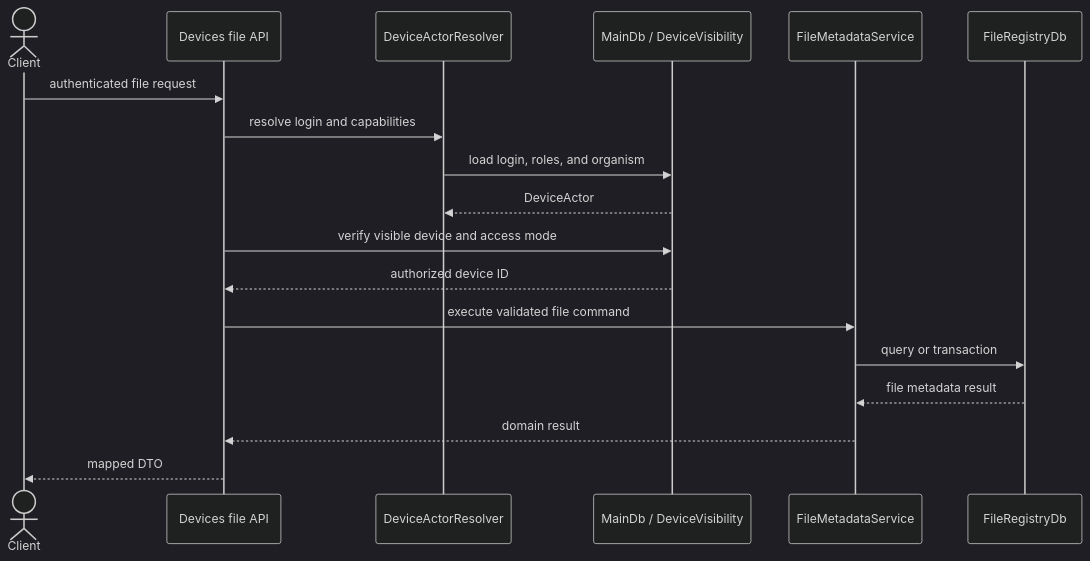
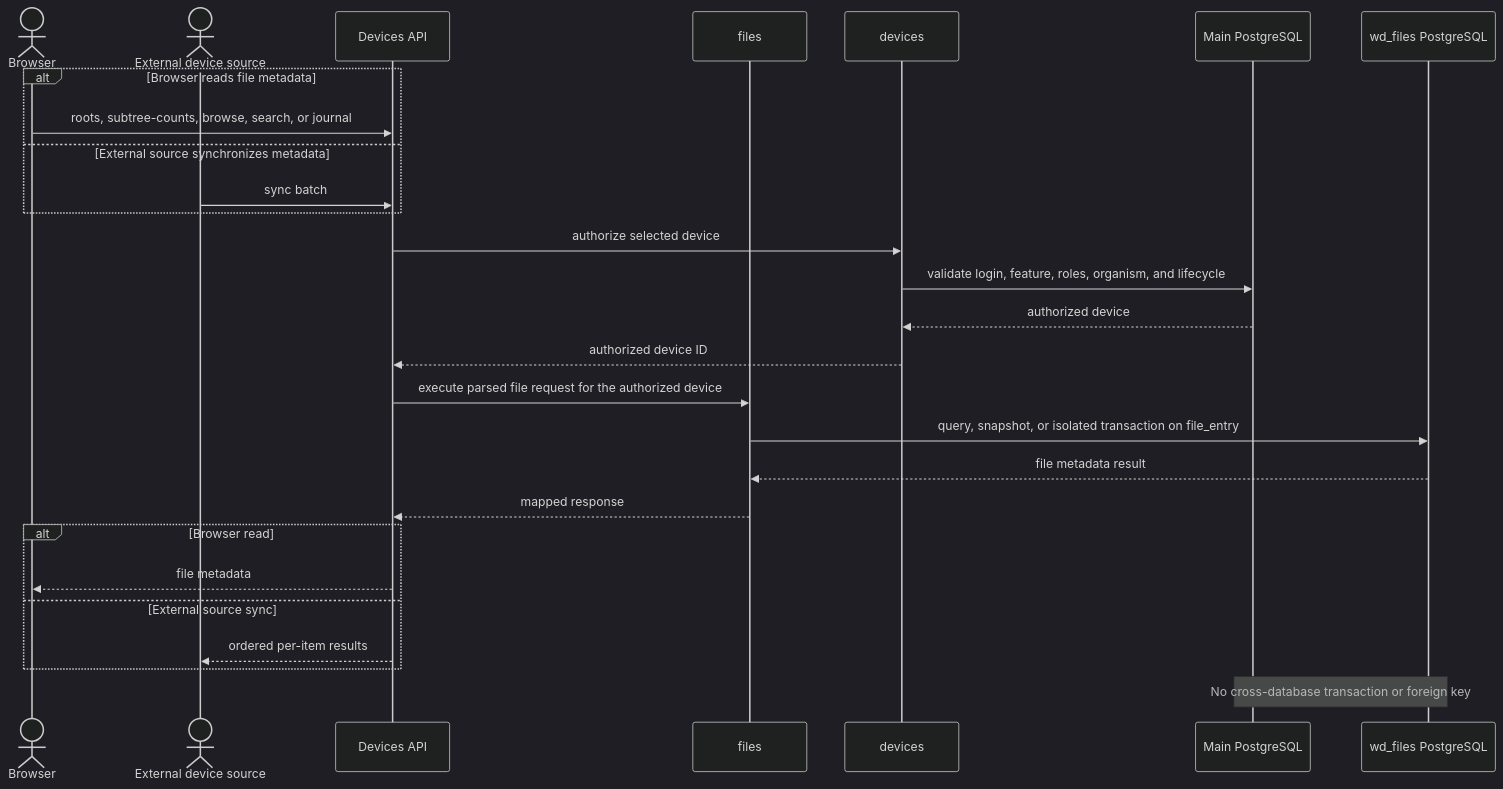
The second of 3 diagrams in archive/2026-07-29-devices/README.md (murczyk/echo), drawn with Mermaid (dark theme) before and after one commit. The commit also changed other lines of this file and 79 other files, not shown here.

````diff
--- a/archive/2026-07-29-devices/README.md
+++ b/archive/2026-07-29-devices/README.md
@@ -70,21 +80,30 @@
 ```mermaid
 sequenceDiagram
-    actor Client
-    participant API as Devices file API
-    participant Resolver as DeviceActorResolver
-    participant Main as MainDb / DeviceVisibility
-    participant Files as FileMetadataService
-    participant Registry as FileRegistryDb
+    actor Browser
+    actor Source as External device source
+    participant API as Devices API
+    participant Files as files
+    participant Devices as devices
+    participant Main as Main PostgreSQL
+    participant Registry as wd_files PostgreSQL
 
-    Client->>API: authenticated file request
-    API->>Resolver: resolve login and capabilities
-    Resolver->>Main: load login, roles, and organism
-    Main-->>Resolver: DeviceActor
-    API->>Main: verify visible device and access mode
-    Main-->>API: authorized device ID
-    API->>Files: execute validated file command
-    Files->>Registry: query or transaction
+    alt Browser reads file metadata
+        Browser->>API: roots, subtree-counts, browse, search, or journal
+    else External source synchronizes metadata
+        Source->>API: sync batch
+    end
+    API->>Devices: authorize selected device
+    Devices->>Main: validate login, feature, roles, organism, and lifecycle
+    Main-->>Devices: authorized device
+    Devices-->>API: authorized device ID
+    API->>Files: execute parsed file request for the authorized device
+    Files->>Registry: query, snapshot, or isolated transaction on file_entry
     Registry-->>Files: file metadata result
-    Files-->>API: domain result
-    API-->>Client: mapped DTO
+    Files-->>API: mapped response
+    alt Browser read
+        API-->>Browser: file metadata
+    else External source sync
+        API-->>Source: ordered per-item results
+    end
+    Note over Main,Registry: No cross-database transaction or foreign key
 ```
````
